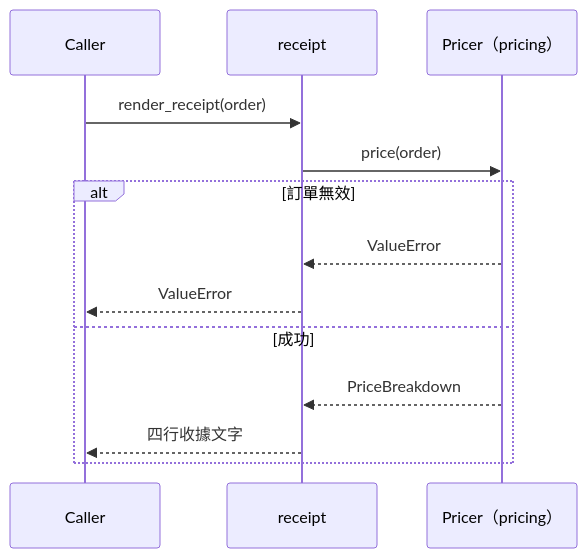
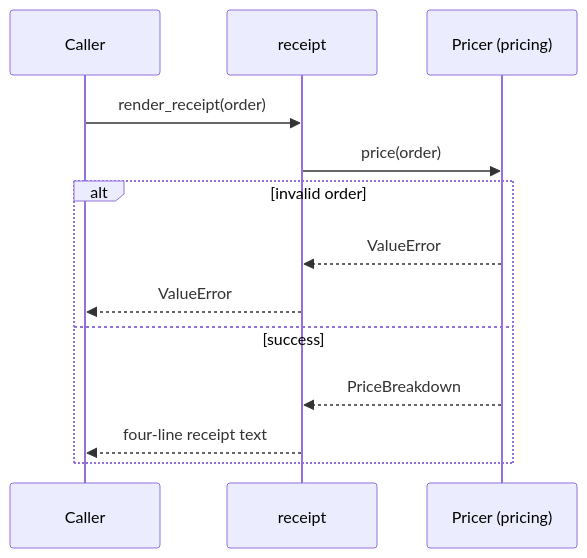
The second of 2 diagrams in demo/checkout/ARCHITECTURE.md (IcarusSO/diagram-driven-coding), drawn with Mermaid before and after one commit. The commit also changed other lines of this file and 12 other files, not shown here.

Commit message:
Skill and demo docs in English; clarify stale-diagram rule, caller search, value classes and trigger

````diff
--- a/demo/checkout/ARCHITECTURE.md
+++ b/demo/checkout/ARCHITECTURE.md
@@ -37,15 +37,15 @@
 ```mermaid
 sequenceDiagram
     participant Caller
     participant receipt
-    participant Pricer as Pricer（pricing）
+    participant Pricer as Pricer (pricing)
     Caller->>receipt: render_receipt(order)
     receipt->>Pricer: price(order)
-    alt 訂單無效
+    alt invalid order
         Pricer-->>receipt: ValueError
         receipt-->>Caller: ValueError
-    else 成功
+    else success
         Pricer-->>receipt: PriceBreakdown
-        receipt-->>Caller: 四行收據文字
+        receipt-->>Caller: four-line receipt text
     end
 ```
````
